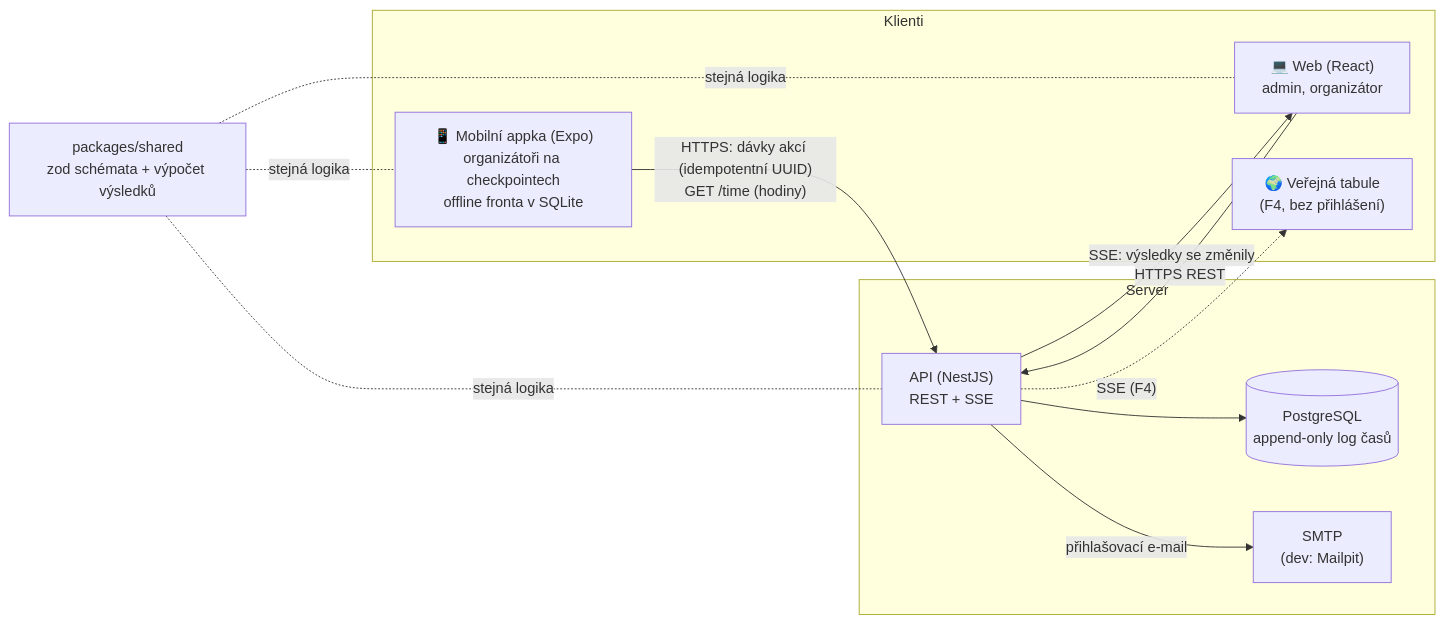
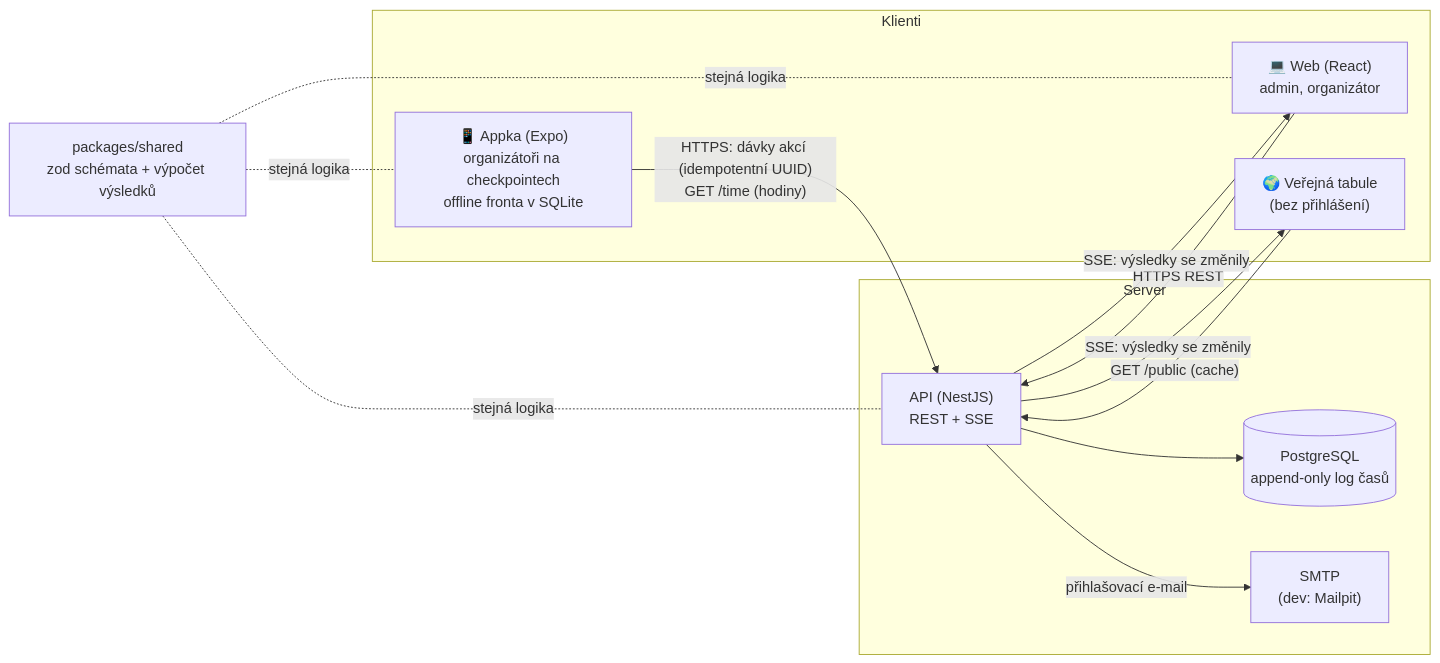
The first of 19 diagrams in docs/diagramy.md (dejwf/triatlon), drawn with Mermaid before and after one commit. The commit also changed other lines of this file and 51 other files, not shown here.

First line of the commit message:
F4: ředitel závodu a uzavření kategorie, veřejná tabule, GDPR, nasazení

````diff
--- a/docs/diagramy.md
+++ b/docs/diagramy.md
@@ -27,24 +30,25 @@
 ```mermaid
 flowchart LR
   subgraph Klienti
-    M["📱 Mobilní appka (Expo)<br/>organizátoři na checkpointech<br/>offline fronta v SQLite"]
+    M["📱 Appka (Expo)<br/>organizátoři na checkpointech<br/>offline fronta v SQLite"]
     W["💻 Web (React)<br/>admin, organizátor"]
-    P["🌍 Veřejná tabule<br/>(F4, bez přihlášení)"]
+    P["🌍 Veřejná tabule<br/>(bez přihlášení)"]
   end
   subgraph Server
     API["API (NestJS)<br/>REST + SSE"]
     DB[("PostgreSQL<br/>append-only log časů")]
     SMTP["SMTP<br/>(dev: Mailpit)"]
   end
   S["packages/shared<br/>zod schémata + výpočet výsledků"]
 
   M -- "HTTPS: dávky akcí (idempotentní UUID)<br/>GET /time (hodiny)" --> API
   W -- "HTTPS REST" --> API
   API -- "SSE: výsledky se změnily" --> W
-  API -. "SSE (F4)" .-> P
+  P -- "GET /public (cache)" --> API
+  API -- "SSE: výsledky se změnily" --> P
   API --> DB
   API -- "přihlašovací e-mail" --> SMTP
   S -. "stejná logika" .- M
   S -. "stejná logika" .- W
   S -. "stejná logika" .- API
 ```
````
